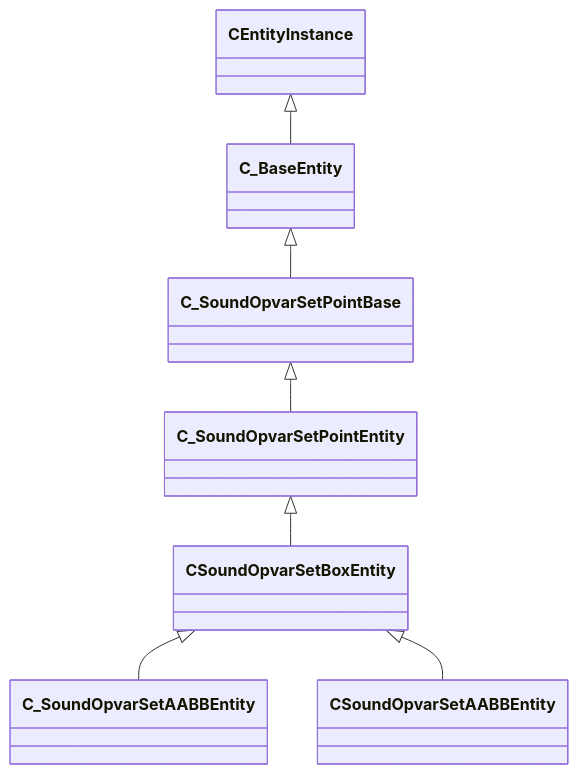
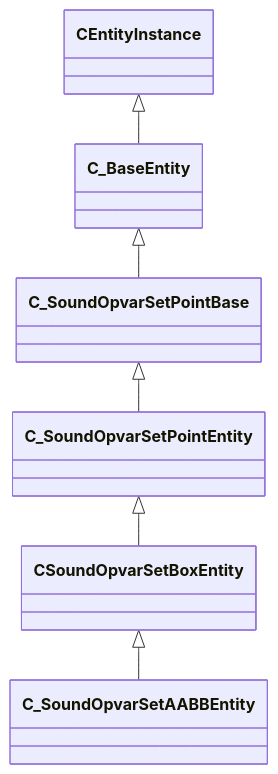
Before and after one commit to CS2OpenDev/CS2OpenDev-Docs: the diagram in docs/generated/schemas/client/CSoundOpvarSetBoxEntity.md, drawn with Mermaid. The commit also changed other lines of this file and 4525 other files, not shown here.

````diff
--- a/docs/generated/schemas/client/CSoundOpvarSetBoxEntity.md
+++ b/docs/generated/schemas/client/CSoundOpvarSetBoxEntity.md
@@ -19,9 +23,8 @@
 ```mermaid
 classDiagram
     C_SoundOpvarSetPointEntity <|-- CSoundOpvarSetBoxEntity
     C_SoundOpvarSetPointBase <|-- C_SoundOpvarSetPointEntity
     C_BaseEntity <|-- C_SoundOpvarSetPointBase
     CEntityInstance <|-- C_BaseEntity
     CSoundOpvarSetBoxEntity <|-- C_SoundOpvarSetAABBEntity
-    CSoundOpvarSetBoxEntity <|-- CSoundOpvarSetAABBEntity
 ```
````
